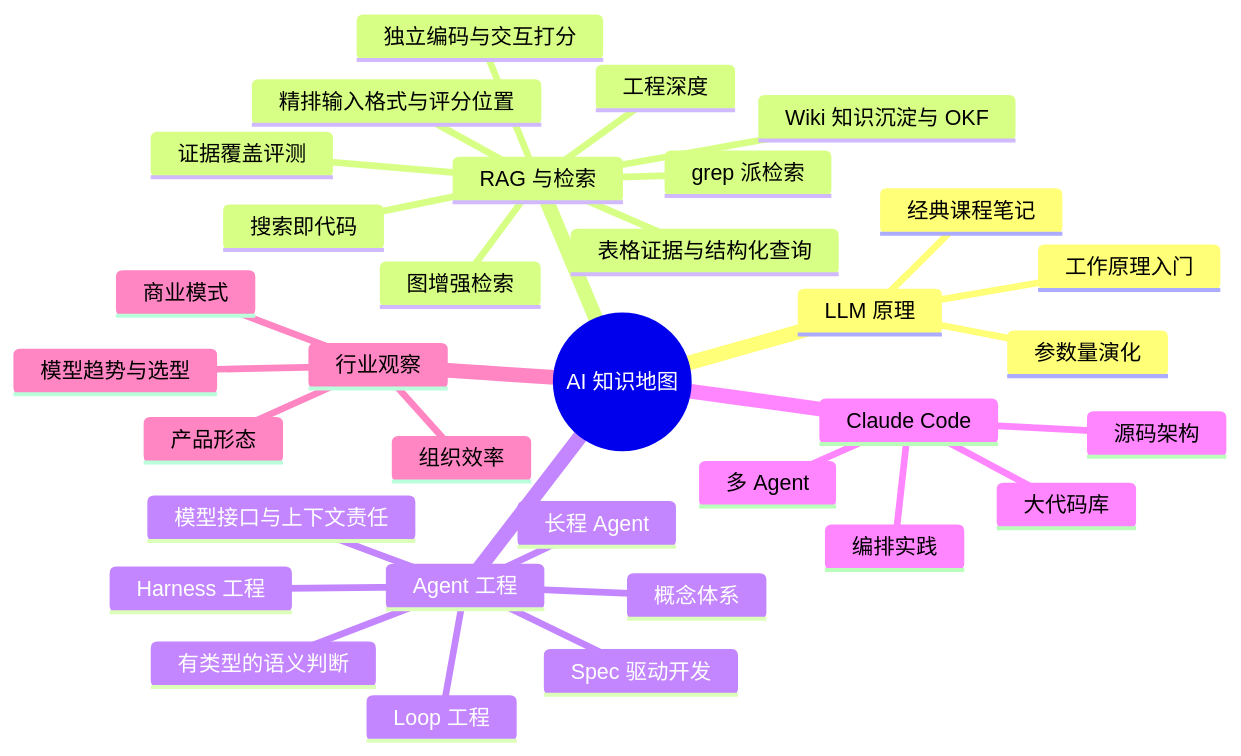
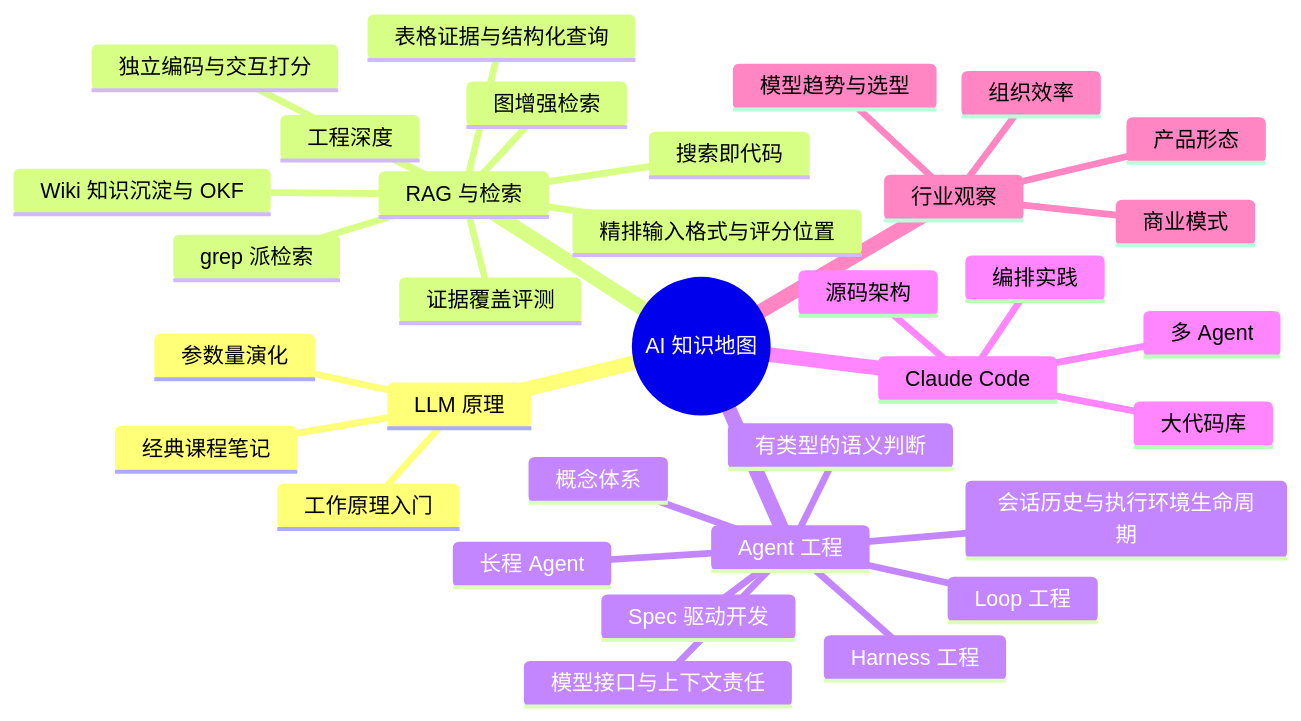
One commit to puppylpg/puppylpg.github.io changed the diagram in _wiki/ai-llm-agent.md. Above: the diagram before and after it, drawn with Mermaid. The commit also changed other lines of this file and 1 other file, not shown here.

````diff
--- a/_wiki/ai-llm-agent.md
+++ b/_wiki/ai-llm-agent.md
@@ -25,36 +25,37 @@
 ```mermaid
 mindmap
   root((AI 知识地图))
     LLM 原理
       工作原理入门
       参数量演化
       经典课程笔记
     RAG 与检索
       工程深度
       独立编码与交互打分
       精排输入格式与评分位置
       图增强检索
       grep 派检索
       搜索即代码
       证据覆盖评测
       表格证据与结构化查询
       Wiki 知识沉淀与 OKF
     Agent 工程
       概念体系
       Harness 工程
       Loop 工程
       长程 Agent
       Spec 驱动开发
       有类型的语义判断
       模型接口与上下文责任
+      会话历史与执行环境生命周期
     Claude Code
       源码架构
       多 Agent
       大代码库
       编排实践
     行业观察
       产品形态
       商业模式
       组织效率
       模型趋势与选型
 ```
````
